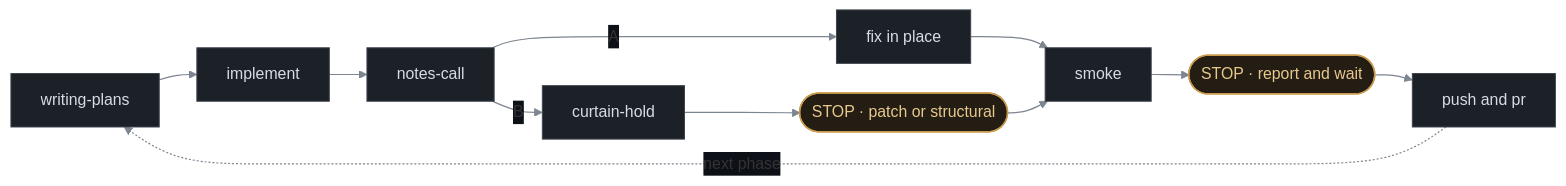
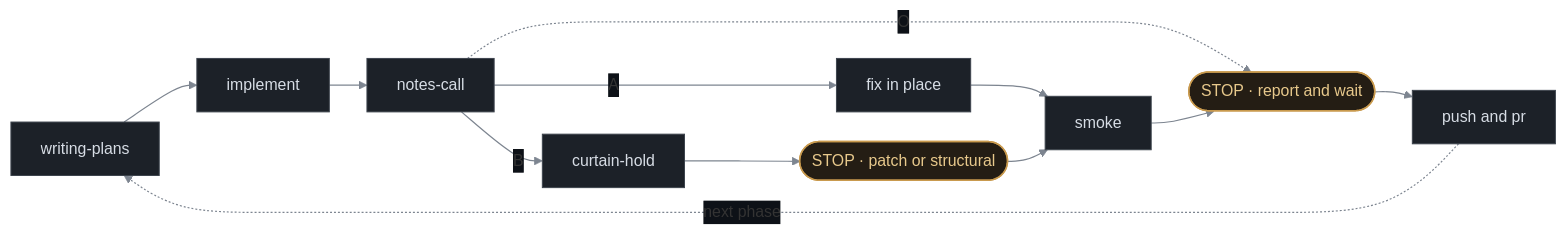
The second of 2 diagrams in README.md (Hin-Nattapat/prompt-corner), drawn with Mermaid before and after one commit. The commit also changed other lines of this file and 9 other files, not shown here.

````diff
--- a/README.md
+++ b/README.md
@@ -71,14 +71,15 @@
 ```mermaid
 %%{init: {"themeVariables": {"edgeLabelBackground": "#0d1117"}, "flowchart": {"nodeSpacing": 30, "rankSpacing": 38, "useMaxWidth": false, "curve": "basis"}}}%%
 flowchart LR
     WP["writing-plans"] --> IMP["implement"] --> NC["notes-call"]
     NC -->|A| FIX["fix in place"] --> SMK["smoke"]
     NC -->|B| CH["curtain-hold"] --> S3(["STOP · patch or structural"]) --> SMK
+    NC -.->|O| S4
     SMK --> S4(["STOP · report and wait"]) --> PR["push and pr"]
     PR -.->|next phase| WP
 
     classDef default fill:#1c2128,stroke:#3d444d,stroke-width:1px,color:#d7dde5
     classDef stop fill:#241d14,stroke:#c99a4e,stroke-width:1.5px,color:#e8c98c
     class S3,S4 stop
     linkStyle default stroke:#7d8590,stroke-width:1.2px
 ```
````
